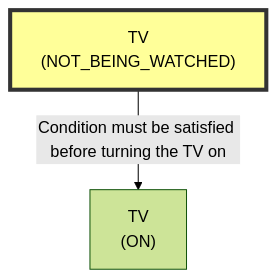
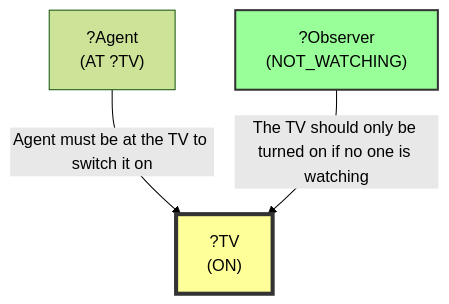
Before and after one commit to scuama/virtualhome: the second of 10 diagrams in evaluation/results/table2/robostate/non_stationarity/high/E_DYN_G02_S3_high/run_E_DYN_G02_S3_high.md, drawn with Mermaid (forest theme). The commit also changed other lines of this file and 108 other files, not shown here.

````diff
--- a/evaluation/results/table2/robostate/non_stationarity/high/E_DYN_G02_S3_high/run_E_DYN_G02_S3_high.md
+++ b/evaluation/results/table2/robostate/non_stationarity/high/E_DYN_G02_S3_high/run_E_DYN_G02_S3_high.md
@@ -155,7 +162,10 @@
 ```mermaid
 graph TD
-    N1["TV<br>(ON)"]
-    N2["TV<br>(NOT_BEING_WATCHED)"]
-    style N2 fill:#ff9,stroke:#333,stroke-width:4px
-    N2 -->|"Condition must be satisfied before turning the TV on"| N1
+    N1["?TV<br>(ON)"]
+    style N1 fill:#ff9,stroke:#333,stroke-width:4px
+    N2["?Observer<br>(NOT_WATCHING)"]
+    style N2 fill:#9f9,stroke:#333,stroke-width:2px
+    N3["?Agent<br>(AT ?TV)"]
+    N3 -->|"Agent must be at the TV to switch it on"| N1
+    N2 -->|"The TV should only be turned on if no one is watching"| N1
 ```
````
